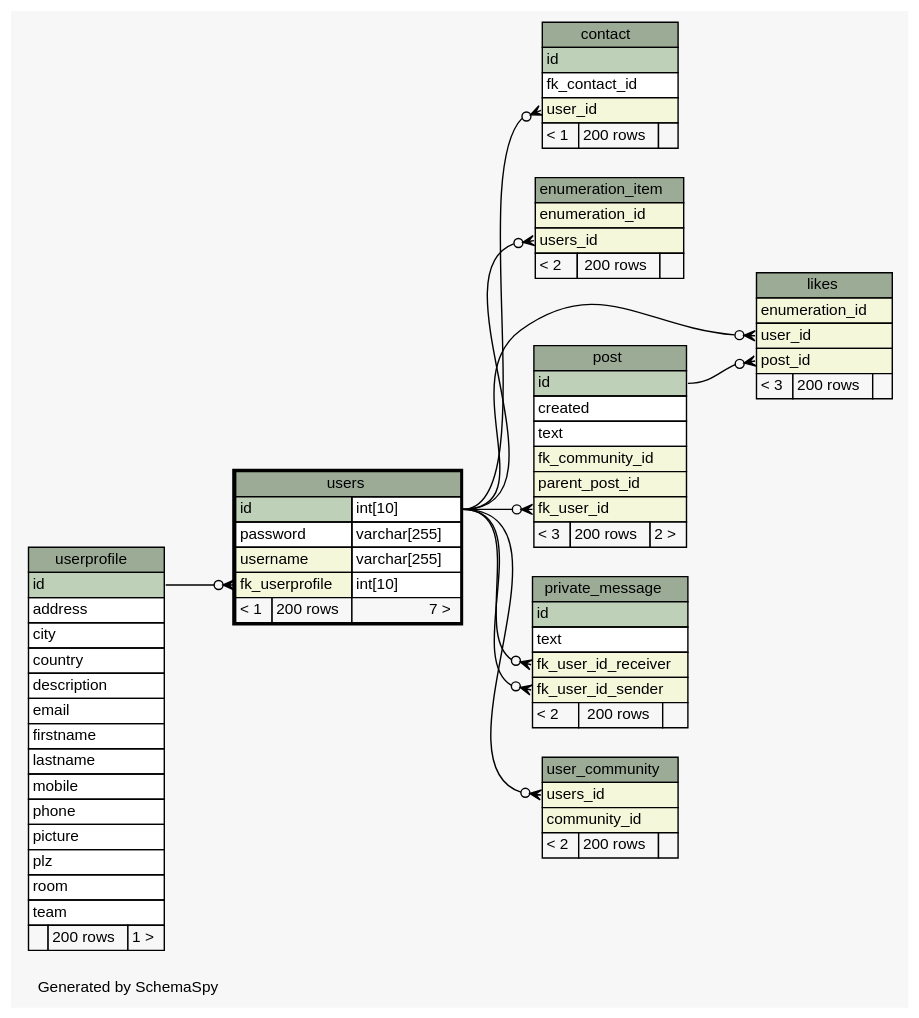
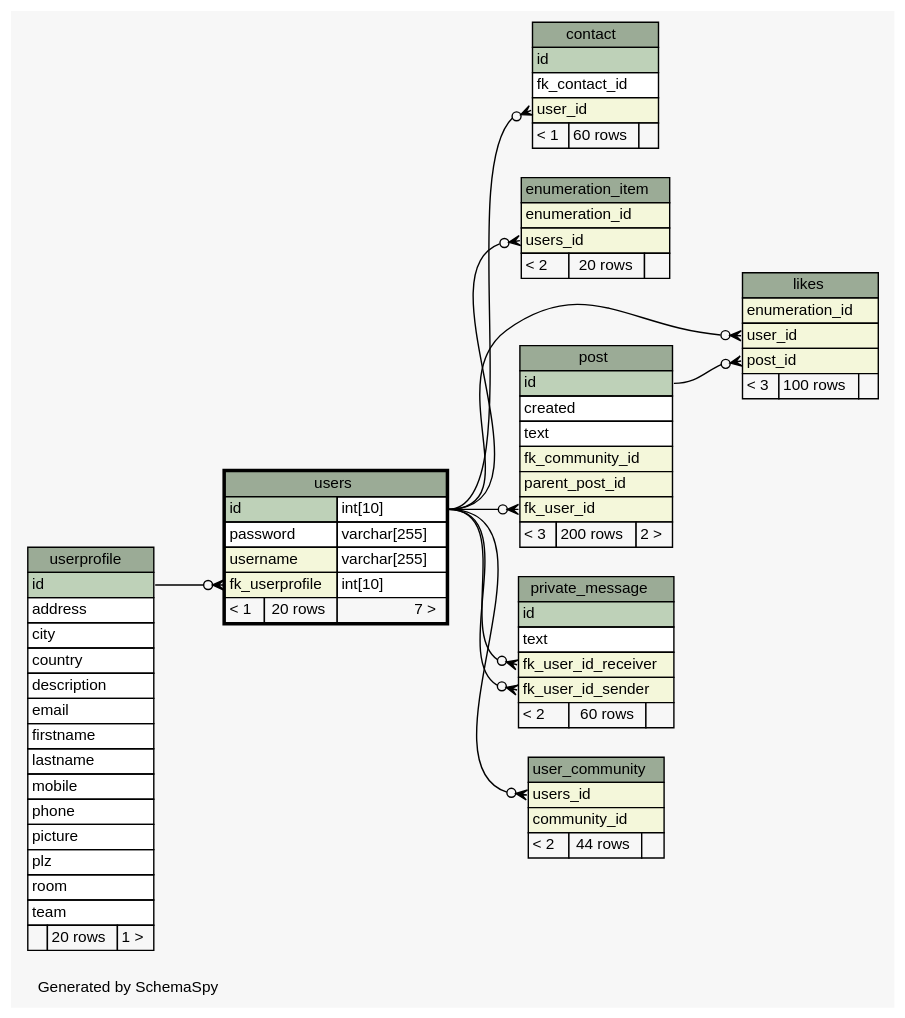
One commit to chr-krenn/chr-krenn-fhj-ws2017-sd17-pse changed the diagram in doc/db_schema/diagrams/users.1degree.dot. Above: the diagram before and after it, drawn with Graphviz. The commit also changed 65 other files, not shown here.

```diff
--- a/doc/db_schema/diagrams/users.1degree.dot
+++ b/doc/db_schema/diagrams/users.1degree.dot
@@ -1,141 +1,141 @@
 // dot 2.40.1 on Linux 4.12.5-300.fc26.x86_64
 // SchemaSpy rev 590
 digraph "oneDegreeRelationshipsDiagram" {
   graph [
     rankdir="RL"
     bgcolor="#f7f7f7"
     label="\nGenerated by SchemaSpy"
     labeljust="l"
     nodesep="0.18"
     ranksep="0.46"
     fontname="Helvetica"
     fontsize="11"
   ];
   node [
     fontname="Helvetica"
     fontsize="11"
     shape="plaintext"
   ];
   edge [
     arrowsize="0.8"
   ];
   "contact":"user_id":w -> "users":"id.type":e [arrowhead=none dir=back arrowtail=crowodot];
   "enumeration_item":"users_id":w -> "users":"id.type":e [arrowhead=none dir=back arrowtail=crowodot];
   "likes":"post_id":w -> "post":"id":e [arrowhead=none dir=back arrowtail=crowodot];
   "likes":"user_id":w -> "users":"id.type":e [arrowhead=none dir=back arrowtail=crowodot];
   "post":"fk_user_id":w -> "users":"id.type":e [arrowhead=none dir=back arrowtail=crowodot];
   "private_message":"fk_user_id_receiver":w -> "users":"id.type":e [arrowhead=none dir=back arrowtail=crowodot];
   "private_message":"fk_user_id_sender":w -> "users":"id.type":e [arrowhead=none dir=back arrowtail=crowodot];
   "user_community":"users_id":w -> "users":"id.type":e [arrowhead=none dir=back arrowtail=crowodot];
   "users":"fk_userprofile":w -> "userprofile":"id":e [arrowhead=none dir=back arrowtail=crowodot];
   "contact" [
     label=<
     <TABLE BORDER="0" CELLBORDER="1" CELLSPACING="0" BGCOLOR="#ffffff">
       <TR><TD COLSPAN="3" BGCOLOR="#9bab96" ALIGN="CENTER">contact</TD></TR>
       <TR><TD PORT="id" COLSPAN="3" BGCOLOR="#bed1b8" ALIGN="LEFT">id</TD></TR>
       <TR><TD PORT="fk_contact_id" COLSPAN="3" ALIGN="LEFT">fk_contact_id</TD></TR>
       <TR><TD PORT="user_id" COLSPAN="3" BGCOLOR="#f4f7da" ALIGN="LEFT">user_id</TD></TR>
-      <TR><TD ALIGN="LEFT" BGCOLOR="#f7f7f7">&lt; 1</TD><TD ALIGN="RIGHT" BGCOLOR="#f7f7f7">200 rows</TD><TD ALIGN="RIGHT" BGCOLOR="#f7f7f7">  </TD></TR>
+      <TR><TD ALIGN="LEFT" BGCOLOR="#f7f7f7">&lt; 1</TD><TD ALIGN="RIGHT" BGCOLOR="#f7f7f7">60 rows</TD><TD ALIGN="RIGHT" BGCOLOR="#f7f7f7">  </TD></TR>
     </TABLE>>
     URL="contact.html"
     tooltip="contact"
   ];
   "enumeration_item" [
     label=<
     <TABLE BORDER="0" CELLBORDER="1" CELLSPACING="0" BGCOLOR="#ffffff">
       <TR><TD COLSPAN="3" BGCOLOR="#9bab96" ALIGN="CENTER">enumeration_item</TD></TR>
       <TR><TD PORT="enumeration_id" COLSPAN="3" BGCOLOR="#f4f7da" ALIGN="LEFT">enumeration_id</TD></TR>
       <TR><TD PORT="users_id" COLSPAN="3" BGCOLOR="#f4f7da" ALIGN="LEFT">users_id</TD></TR>
-      <TR><TD ALIGN="LEFT" BGCOLOR="#f7f7f7">&lt; 2</TD><TD ALIGN="RIGHT" BGCOLOR="#f7f7f7">200 rows</TD><TD ALIGN="RIGHT" BGCOLOR="#f7f7f7">  </TD></TR>
+      <TR><TD ALIGN="LEFT" BGCOLOR="#f7f7f7">&lt; 2</TD><TD ALIGN="RIGHT" BGCOLOR="#f7f7f7">20 rows</TD><TD ALIGN="RIGHT" BGCOLOR="#f7f7f7">  </TD></TR>
     </TABLE>>
     URL="enumeration_item.html"
     tooltip="enumeration_item"
   ];
   "likes" [
     label=<
     <TABLE BORDER="0" CELLBORDER="1" CELLSPACING="0" BGCOLOR="#ffffff">
       <TR><TD COLSPAN="3" BGCOLOR="#9bab96" ALIGN="CENTER">likes</TD></TR>
       <TR><TD PORT="enumeration_id" COLSPAN="3" BGCOLOR="#f4f7da" ALIGN="LEFT">enumeration_id</TD></TR>
       <TR><TD PORT="user_id" COLSPAN="3" BGCOLOR="#f4f7da" ALIGN="LEFT">user_id</TD></TR>
       <TR><TD PORT="post_id" COLSPAN="3" BGCOLOR="#f4f7da" ALIGN="LEFT">post_id</TD></TR>
-      <TR><TD ALIGN="LEFT" BGCOLOR="#f7f7f7">&lt; 3</TD><TD ALIGN="RIGHT" BGCOLOR="#f7f7f7">200 rows</TD><TD ALIGN="RIGHT" BGCOLOR="#f7f7f7">  </TD></TR>
+      <TR><TD ALIGN="LEFT" BGCOLOR="#f7f7f7">&lt; 3</TD><TD ALIGN="RIGHT" BGCOLOR="#f7f7f7">100 rows</TD><TD ALIGN="RIGHT" BGCOLOR="#f7f7f7">  </TD></TR>
     </TABLE>>
     URL="likes.html"
     tooltip="likes"
   ];
   "post" [
     label=<
     <TABLE BORDER="0" CELLBORDER="1" CELLSPACING="0" BGCOLOR="#ffffff">
       <TR><TD COLSPAN="3" BGCOLOR="#9bab96" ALIGN="CENTER">post</TD></TR>
       <TR><TD PORT="id" COLSPAN="3" BGCOLOR="#bed1b8" ALIGN="LEFT">id</TD></TR>
       <TR><TD PORT="created" COLSPAN="3" ALIGN="LEFT">created</TD></TR>
       <TR><TD PORT="text" COLSPAN="3" ALIGN="LEFT">text</TD></TR>
       <TR><TD PORT="fk_community_id" COLSPAN="3" BGCOLOR="#f4f7da" ALIGN="LEFT">fk_community_id</TD></TR>
       <TR><TD PORT="parent_post_id" COLSPAN="3" BGCOLOR="#f4f7da" ALIGN="LEFT">parent_post_id</TD></TR>
       <TR><TD PORT="fk_user_id" COLSPAN="3" BGCOLOR="#f4f7da" ALIGN="LEFT">fk_user_id</TD></TR>
       <TR><TD ALIGN="LEFT" BGCOLOR="#f7f7f7">&lt; 3</TD><TD ALIGN="RIGHT" BGCOLOR="#f7f7f7">200 rows</TD><TD ALIGN="RIGHT" BGCOLOR="#f7f7f7">2 &gt;</TD></TR>
     </TABLE>>
     URL="post.html"
     tooltip="post"
   ];
   "private_message" [
     label=<
     <TABLE BORDER="0" CELLBORDER="1" CELLSPACING="0" BGCOLOR="#ffffff">
       <TR><TD COLSPAN="3" BGCOLOR="#9bab96" ALIGN="CENTER">private_message</TD></TR>
       <TR><TD PORT="id" COLSPAN="3" BGCOLOR="#bed1b8" ALIGN="LEFT">id</TD></TR>
       <TR><TD PORT="text" COLSPAN="3" ALIGN="LEFT">text</TD></TR>
       <TR><TD PORT="fk_user_id_receiver" COLSPAN="3" BGCOLOR="#f4f7da" ALIGN="LEFT">fk_user_id_receiver</TD></TR>
       <TR><TD PORT="fk_user_id_sender" COLSPAN="3" BGCOLOR="#f4f7da" ALIGN="LEFT">fk_user_id_sender</TD></TR>
-      <TR><TD ALIGN="LEFT" BGCOLOR="#f7f7f7">&lt; 2</TD><TD ALIGN="RIGHT" BGCOLOR="#f7f7f7">200 rows</TD><TD ALIGN="RIGHT" BGCOLOR="#f7f7f7">  </TD></TR>
+      <TR><TD ALIGN="LEFT" BGCOLOR="#f7f7f7">&lt; 2</TD><TD ALIGN="RIGHT" BGCOLOR="#f7f7f7">60 rows</TD><TD ALIGN="RIGHT" BGCOLOR="#f7f7f7">  </TD></TR>
     </TABLE>>
     URL="private_message.html"
     tooltip="private_message"
   ];
   "user_community" [
     label=<
     <TABLE BORDER="0" CELLBORDER="1" CELLSPACING="0" BGCOLOR="#ffffff">
       <TR><TD COLSPAN="3" BGCOLOR="#9bab96" ALIGN="CENTER">user_community</TD></TR>
       <TR><TD PORT="users_id" COLSPAN="3" BGCOLOR="#f4f7da" ALIGN="LEFT">users_id</TD></TR>
       <TR><TD PORT="community_id" COLSPAN="3" BGCOLOR="#f4f7da" ALIGN="LEFT">community_id</TD></TR>
-      <TR><TD ALIGN="LEFT" BGCOLOR="#f7f7f7">&lt; 2</TD><TD ALIGN="RIGHT" BGCOLOR="#f7f7f7">200 rows</TD><TD ALIGN="RIGHT" BGCOLOR="#f7f7f7">  </TD></TR>
+      <TR><TD ALIGN="LEFT" BGCOLOR="#f7f7f7">&lt; 2</TD><TD ALIGN="RIGHT" BGCOLOR="#f7f7f7">44 rows</TD><TD ALIGN="RIGHT" BGCOLOR="#f7f7f7">  </TD></TR>
     </TABLE>>
     URL="user_community.html"
     tooltip="user_community"
   ];
   "userprofile" [
     label=<
     <TABLE BORDER="0" CELLBORDER="1" CELLSPACING="0" BGCOLOR="#ffffff">
       <TR><TD COLSPAN="3" BGCOLOR="#9bab96" ALIGN="CENTER">userprofile</TD></TR>
       <TR><TD PORT="id" COLSPAN="3" BGCOLOR="#bed1b8" ALIGN="LEFT">id</TD></TR>
       <TR><TD PORT="address" COLSPAN="3" ALIGN="LEFT">address</TD></TR>
       <TR><TD PORT="city" COLSPAN="3" ALIGN="LEFT">city</TD></TR>
       <TR><TD PORT="country" COLSPAN="3" ALIGN="LEFT">country</TD></TR>
       <TR><TD PORT="description" COLSPAN="3" ALIGN="LEFT">description</TD></TR>
       <TR><TD PORT="email" COLSPAN="3" ALIGN="LEFT">email</TD></TR>
       <TR><TD PORT="firstname" COLSPAN="3" ALIGN="LEFT">firstname</TD></TR>
       <TR><TD PORT="lastname" COLSPAN="3" ALIGN="LEFT">lastname</TD></TR>
       <TR><TD PORT="mobile" COLSPAN="3" ALIGN="LEFT">mobile</TD></TR>
       <TR><TD PORT="phone" COLSPAN="3" ALIGN="LEFT">phone</TD></TR>
       <TR><TD PORT="picture" COLSPAN="3" ALIGN="LEFT">picture</TD></TR>
       <TR><TD PORT="plz" COLSPAN="3" ALIGN="LEFT">plz</TD></TR>
       <TR><TD PORT="room" COLSPAN="3" ALIGN="LEFT">room</TD></TR>
       <TR><TD PORT="team" COLSPAN="3" ALIGN="LEFT">team</TD></TR>
-      <TR><TD ALIGN="LEFT" BGCOLOR="#f7f7f7">  </TD><TD ALIGN="RIGHT" BGCOLOR="#f7f7f7">200 rows</TD><TD ALIGN="RIGHT" BGCOLOR="#f7f7f7">1 &gt;</TD></TR>
+      <TR><TD ALIGN="LEFT" BGCOLOR="#f7f7f7">  </TD><TD ALIGN="RIGHT" BGCOLOR="#f7f7f7">20 rows</TD><TD ALIGN="RIGHT" BGCOLOR="#f7f7f7">1 &gt;</TD></TR>
     </TABLE>>
     URL="userprofile.html"
     tooltip="userprofile"
   ];
   "users" [
     label=<
     <TABLE BORDER="2" CELLBORDER="1" CELLSPACING="0" BGCOLOR="#ffffff">
       <TR><TD COLSPAN="3" BGCOLOR="#9bab96" ALIGN="CENTER">users</TD></TR>
       <TR><TD PORT="id" COLSPAN="2" BGCOLOR="#bed1b8" ALIGN="LEFT">id</TD><TD PORT="id.type" ALIGN="LEFT">int[10]</TD></TR>
       <TR><TD PORT="password" COLSPAN="2" ALIGN="LEFT">password</TD><TD PORT="password.type" ALIGN="LEFT">varchar[255]</TD></TR>
       <TR><TD PORT="username" COLSPAN="2" BGCOLOR="#f4f7da" ALIGN="LEFT">username</TD><TD PORT="username.type" ALIGN="LEFT">varchar[255]</TD></TR>
       <TR><TD PORT="fk_userprofile" COLSPAN="2" BGCOLOR="#f4f7da" ALIGN="LEFT">fk_userprofile</TD><TD PORT="fk_userprofile.type" ALIGN="LEFT">int[10]</TD></TR>
-      <TR><TD ALIGN="LEFT" BGCOLOR="#f7f7f7">&lt; 1</TD><TD ALIGN="RIGHT" BGCOLOR="#f7f7f7">200 rows</TD><TD ALIGN="RIGHT" BGCOLOR="#f7f7f7">7 &gt;</TD></TR>
+      <TR><TD ALIGN="LEFT" BGCOLOR="#f7f7f7">&lt; 1</TD><TD ALIGN="RIGHT" BGCOLOR="#f7f7f7">20 rows</TD><TD ALIGN="RIGHT" BGCOLOR="#f7f7f7">7 &gt;</TD></TR>
     </TABLE>>
     URL="users.html"
     tooltip="users"
   ];
 }
```
